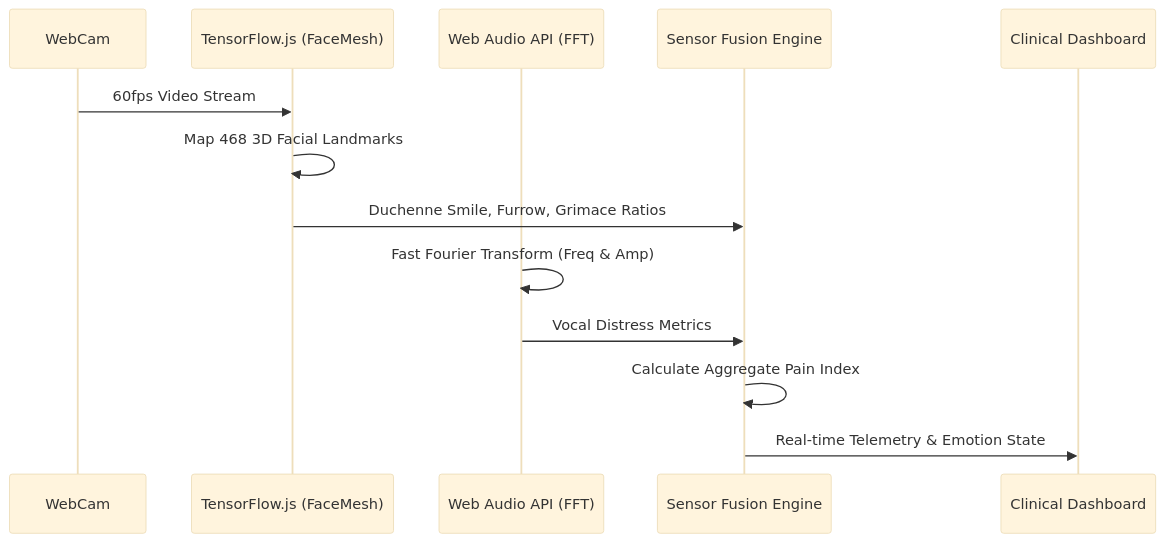
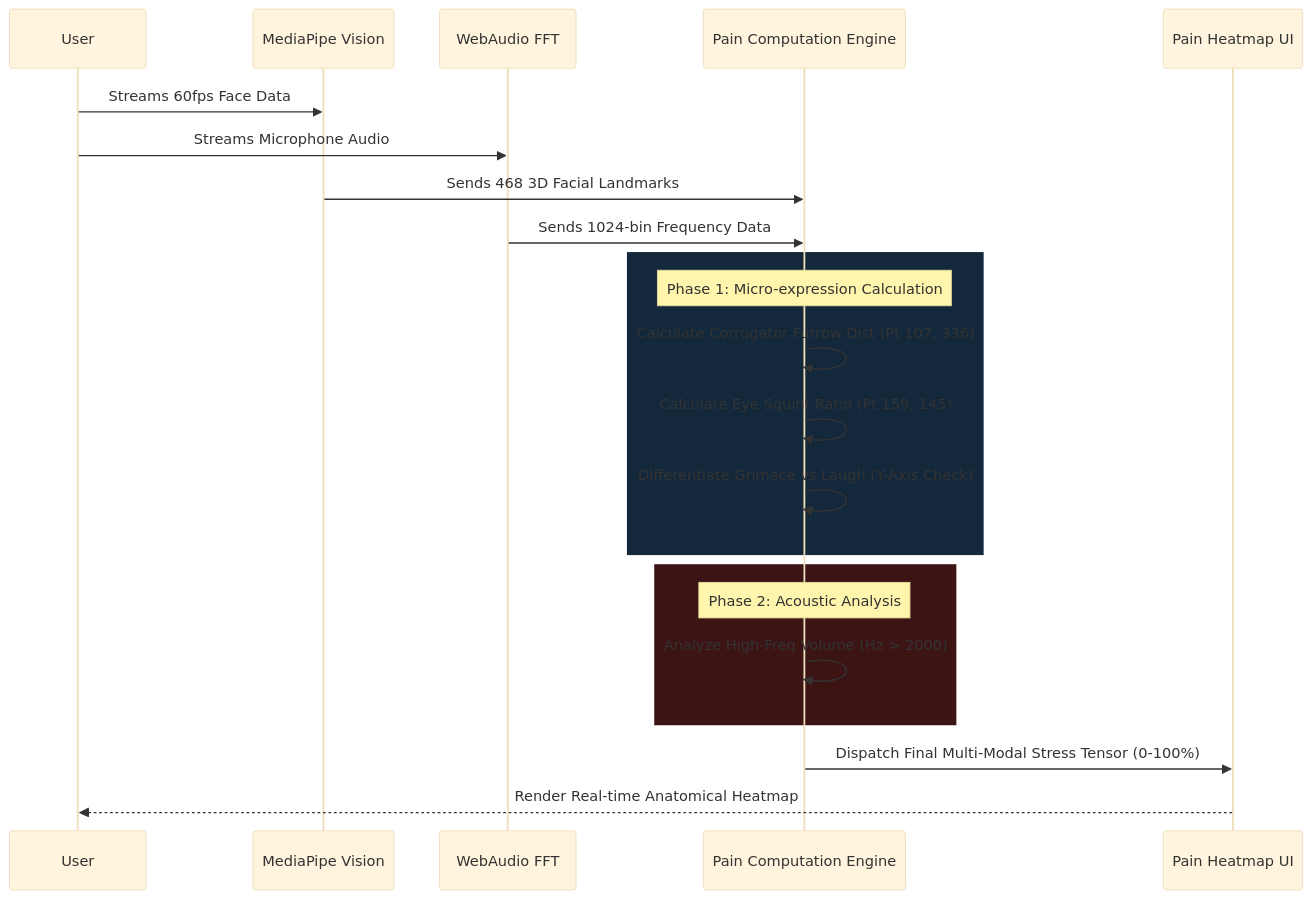
One commit to satyamtyagi15/SANJEEVANI-AI changed the second of 4 diagrams in README.md. Above: the diagram before and after it, drawn with Mermaid (base theme). The commit also changed other lines of this file, not shown here.

Commit message:
docs: expand README to extreme scale with advanced AI architecture workflows

````diff
--- a/README.md
+++ b/README.md
@@ -38,16 +67,29 @@
 ```mermaid
 sequenceDiagram
-    participant WebCam
-    participant TFJS as TensorFlow.js (FaceMesh)
-    participant Audio as Web Audio API (FFT)
-    participant Fusion as Sensor Fusion Engine
-    participant UI as Clinical Dashboard
+    participant User
+    participant VisionNode as MediaPipe Vision
+    participant AudioNode as WebAudio FFT
+    participant Engine as Pain Computation Engine
+    participant UI as Pain Heatmap UI
 
-    WebCam->>TFJS: 60fps Video Stream
-    TFJS->>TFJS: Map 468 3D Facial Landmarks
-    TFJS->>Fusion: Duchenne Smile, Furrow, Grimace Ratios
-    Audio->>Audio: Fast Fourier Transform (Freq & Amp)
-    Audio->>Fusion: Vocal Distress Metrics
-    Fusion->>Fusion: Calculate Aggregate Pain Index
-    Fusion->>UI: Real-time Telemetry & Emotion State
+    User->>VisionNode: Streams 60fps Face Data
+    User->>AudioNode: Streams Microphone Audio
+    
+    VisionNode->>Engine: Sends 468 3D Facial Landmarks
+    AudioNode->>Engine: Sends 1024-bin Frequency Data
+    
+    rect rgb(20, 40, 60)
+        Note over Engine: Phase 1: Micro-expression Calculation
+        Engine->>Engine: Calculate Corrugator Furrow Dist (Pt 107, 336)
+        Engine->>Engine: Calculate Eye Squint Ratio (Pt 159, 145)
+        Engine->>Engine: Differentiate Grimace vs Laugh (Y-Axis Check)
+    end
+    
+    rect rgb(60, 20, 20)
+        Note over Engine: Phase 2: Acoustic Analysis
+        Engine->>Engine: Analyze High-Freq Volume (Hz > 2000)
+    end
+    
+    Engine->>UI: Dispatch Final Multi-Modal Stress Tensor (0-100%)
+    UI-->>User: Render Real-time Anatomical Heatmap
 ```
````
